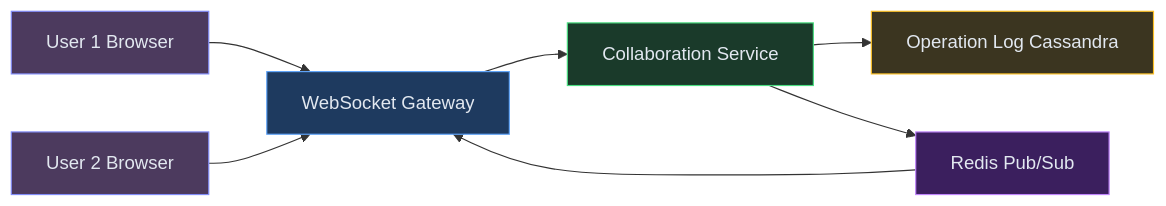
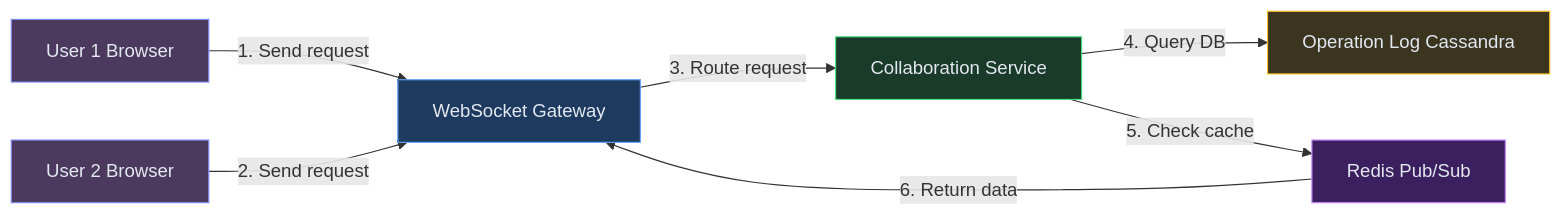
One commit to iluzn/HLD-Designs changed the second of 11 diagrams in content/hld/GoogleDocs.md. Above: the diagram before and after it, drawn with Mermaid. The commit also changed other lines of this file and 27 other files, not shown here.

````diff
--- a/content/hld/GoogleDocs.md
+++ b/content/hld/GoogleDocs.md
@@ -199,22 +199,22 @@
 ```mermaid
 flowchart LR
     U1["User 1 Browser"]:::client
     U2["User 2 Browser"]:::client
     WSG["WebSocket Gateway"]:::edge
     CS["Collaboration Service"]:::service
     OL["Operation Log Cassandra"]:::data
     RPS["Redis Pub/Sub"]:::async
 
-    U1 --> WSG
-    U2 --> WSG
-    WSG --> CS
-    CS --> OL
-    CS --> RPS
-    RPS --> WSG
+    U1 -->|"1. Send request"| WSG
+    U2 -->|"2. Send request"| WSG
+    WSG -->|"3. Route request"| CS
+    CS -->|"4. Query DB"| OL
+    CS -->|"5. Check cache"| RPS
+    RPS -->|"6. Return data"| WSG
 
     classDef client fill:#4c3a5e,stroke:#818cf8,color:#e2e8f0
     classDef edge fill:#1e3a5f,stroke:#60a5fa,color:#e2e8f0
     classDef service fill:#1a3a2a,stroke:#4ade80,color:#e2e8f0
     classDef data fill:#3b3520,stroke:#fbbf24,color:#e2e8f0
     classDef async fill:#3b1f5e,stroke:#c084fc,color:#e2e8f0
 ```
````
